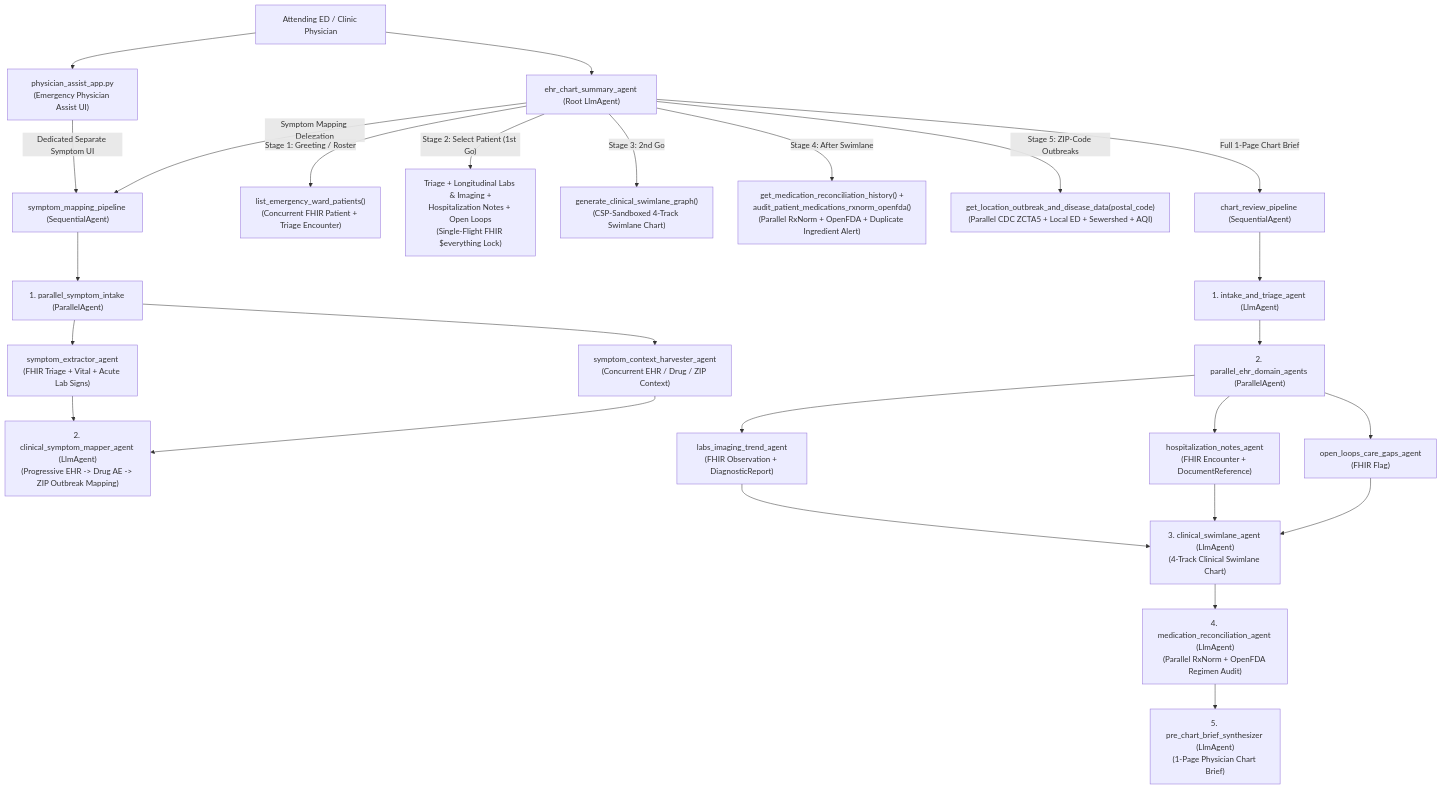
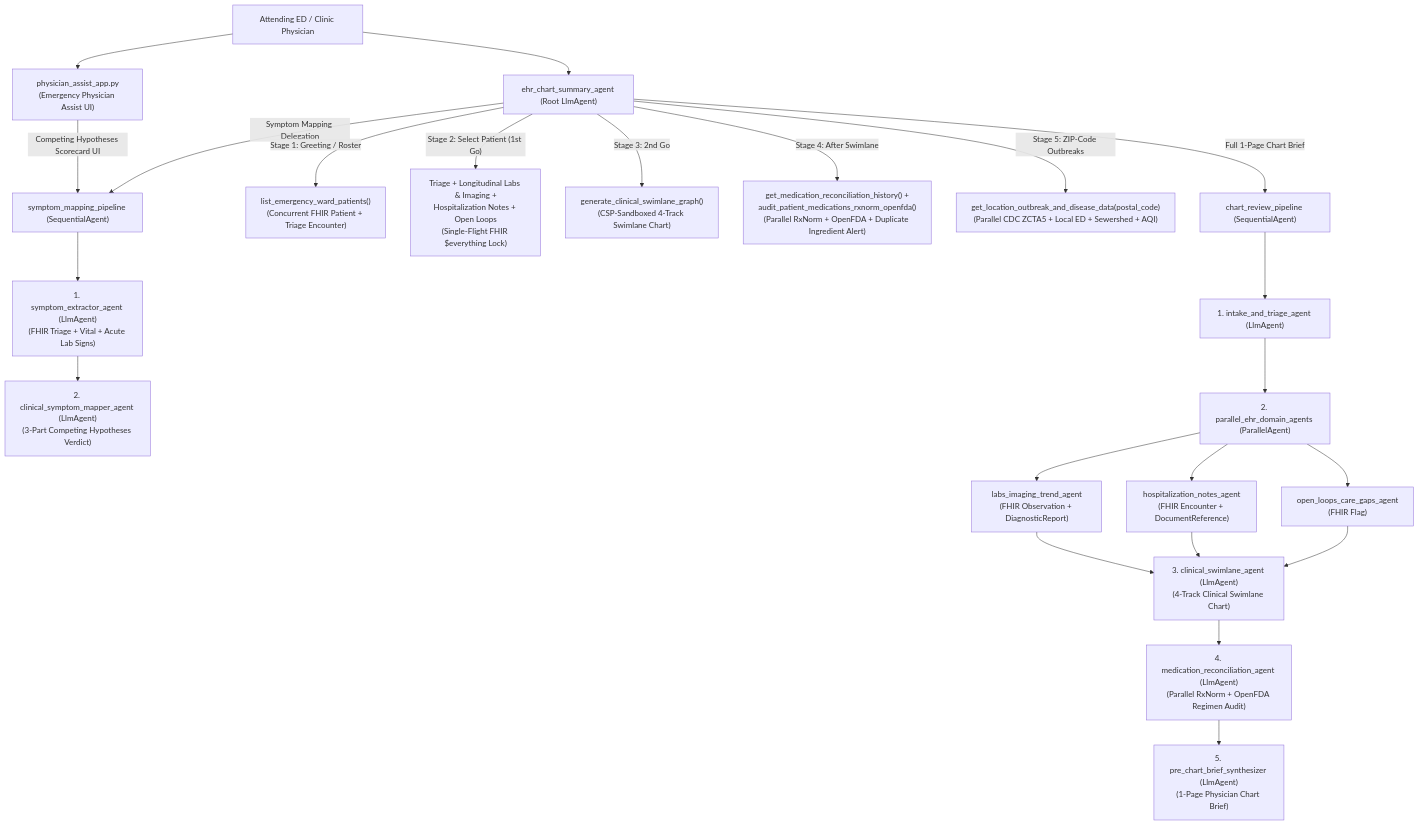
The diagram in README.md (Sivaram0606/AI-PhysicianSupport), drawn with Mermaid before and after one commit. The commit also changed other lines of this file and 6 other files, not shown here.

Commit message:
Update PPTX decks, HTML slides, docs, and 4-min narrated demo video for Competing Hypotheses Scorecard UI

````diff
--- a/README.md
+++ b/README.md
@@ -31,30 +31,28 @@
 ```mermaid
 graph TD
     Physician["Attending ED / Clinic Physician"] --> UI["physician_assist_app.py\n(Emergency Physician Assist UI)"]
     Physician --> Root["ehr_chart_summary_agent (Root LlmAgent)"]
 
-    UI -->|"Dedicated Separate Symptom UI"| SymPipe["symptom_mapping_pipeline (SequentialAgent)"]
+    UI -->|"Competing Hypotheses Scorecard UI"| SymPipe["symptom_mapping_pipeline (SequentialAgent)"]
     Root -->|"Symptom Mapping Delegation"| SymPipe
-    SymPipe --> SymPar["1. parallel_symptom_intake (ParallelAgent)"]
-    SymPar --> SymExt["symptom_extractor_agent\n(FHIR Triage + Vital + Acute Lab Signs)"]
-    SymPar --> SymCtx["symptom_context_harvester_agent\n(Concurrent EHR / Drug / ZIP Context)"]
-    SymExt & SymCtx --> SymMap["2. clinical_symptom_mapper_agent (LlmAgent)\n(Progressive EHR -> Drug AE -> ZIP Outbreak Mapping)"]
+    SymPipe --> SymExt["1. symptom_extractor_agent (LlmAgent)\n(FHIR Triage + Vital + Acute Lab Signs)"]
+    SymExt --> SymMap["2. clinical_symptom_mapper_agent (LlmAgent)\n(3-Part Competing Hypotheses Verdict)"]
 
     Root -->|"Stage 1: Greeting / Roster"| WardList["list_emergency_ward_patients()\n(Concurrent FHIR Patient + Triage Encounter)"]
     Root -->|"Stage 2: Select Patient (1st Go)"| Compartments["Triage + Longitudinal Labs & Imaging +\nHospitalization Notes + Open Loops\n(Single-Flight FHIR $everything Lock)"]
     Root -->|"Stage 3: 2nd Go"| Swimlane["generate_clinical_swimlane_graph()\n(CSP-Sandboxed 4-Track Swimlane Chart)"]
     Root -->|"Stage 4: After Swimlane"| MedAudit["get_medication_reconciliation_history() +\naudit_patient_medications_rxnorm_openfda()\n(Parallel RxNorm + OpenFDA + Duplicate Ingredient Alert)"]
     Root -->|"Stage 5: ZIP-Code Outbreaks"| ZipSurv["get_location_outbreak_and_disease_data(postal_code)\n(Parallel CDC ZCTA5 + Local ED + Sewershed + AQI)"]
     Root -->|"Full 1-Page Chart Brief"| Pipeline["chart_review_pipeline (SequentialAgent)"]
 
     Pipeline --> S1["1. intake_and_triage_agent (LlmAgent)"]
     S1 --> S2["2. parallel_ehr_domain_agents (ParallelAgent)"]
 
     S2 --> D1["labs_imaging_trend_agent\n(FHIR Observation + DiagnosticReport)"]
     S2 --> D2["hospitalization_notes_agent\n(FHIR Encounter + DocumentReference)"]
     S2 --> D3["open_loops_care_gaps_agent\n(FHIR Flag)"]
 
     D1 & D2 & D3 --> S3["3. clinical_swimlane_agent (LlmAgent)\n(4-Track Clinical Swimlane Chart)"]
     S3 --> S4["4. medication_reconciliation_agent (LlmAgent)\n(Parallel RxNorm + OpenFDA Regimen Audit)"]
     S4 --> S5["5. pre_chart_brief_synthesizer (LlmAgent)\n(1-Page Physician Chart Brief)"]
 ```
````
